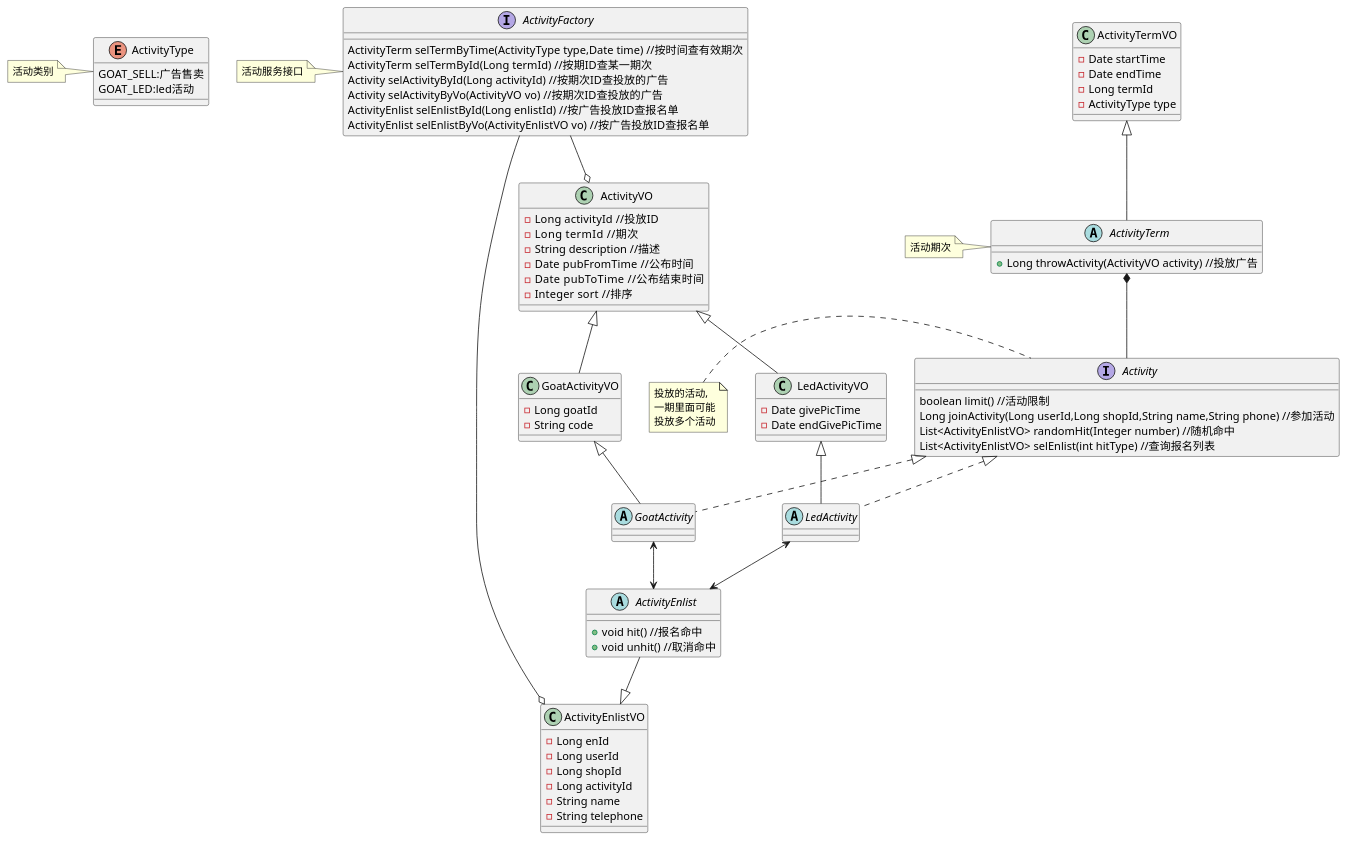
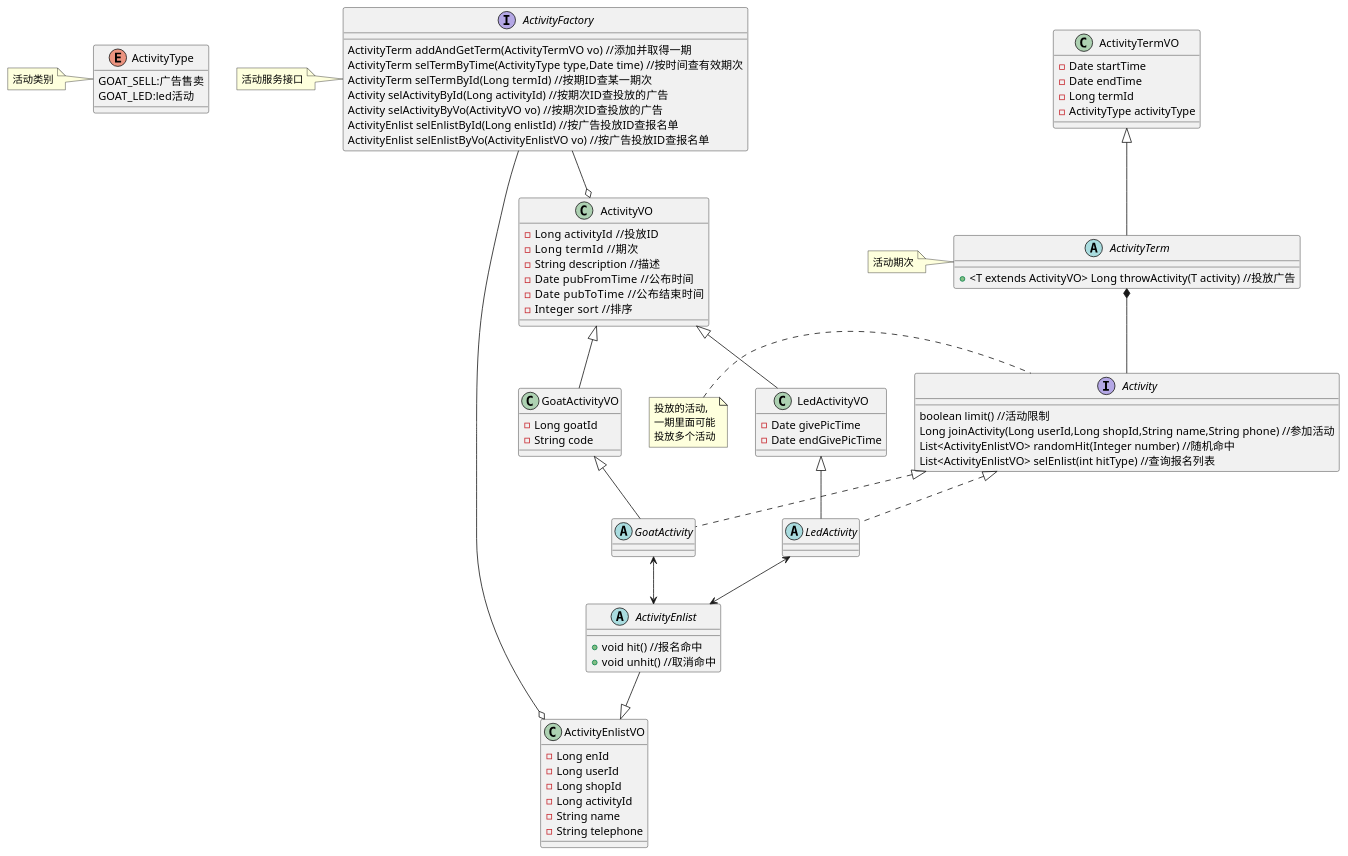
One commit to pogy/main-pom changed the diagram in main4-spread/main4-spread-api/src/main/resources/activity_class.puml. Above: the diagram before and after it, drawn with PlantUML. The commit also changed 19 other files, not shown here.

```diff
--- a/main4-spread/main4-spread-api/src/main/resources/activity_class.puml
+++ b/main4-spread/main4-spread-api/src/main/resources/activity_class.puml
@@ -1,100 +1,101 @@
 @startuml
 
 enum ActivityType{
 GOAT_SELL:广告售卖
 GOAT_LED:led活动
 }
 
 note left of ActivityType:活动类别
 
 abstract class ActivityTerm{
-+Long throwActivity(ActivityVO activity) //投放广告
++<T extends ActivityVO> Long throwActivity(T activity) //投放广告
 }
 
 class ActivityTermVO{
 -Date startTime
 -Date endTime
 -Long termId
--ActivityType type
+-ActivityType activityType
 }
 
 note left of ActivityTerm:活动期次
 
 interface Activity{
 boolean limit() //活动限制
 Long joinActivity(Long userId,Long shopId,String name,String phone) //参加活动
 List<ActivityEnlistVO> randomHit(Integer number) //随机命中
 List<ActivityEnlistVO> selEnlist(int hitType) //查询报名列表
 }
 
 note left of Activity:投放的活动,\n一期里面可能\n投放多个活动
 
 abstract class GoatActivity{
 }
 
 class ActivityVO{
 -Long activityId  //投放ID
 -Long termId   //期次
 -String description //描述
 -Date pubFromTime  //公布时间
 -Date pubToTime   //公布结束时间
 -Integer sort  //排序
 }
 
 class GoatActivityVO{
 -Long goatId
 -String code
 }
 
 abstract class LedActivity{
 }
 
 class LedActivityVO{
 -Date givePicTime
 -Date endGivePicTime
 }
 
 abstract class ActivityEnlist{
 +void hit() //报名命中
 +void unhit() //取消命中
 }
 
 class ActivityEnlistVO{
 -Long enId
 -Long userId
 -Long shopId
 -Long activityId
 -String name
 -String telephone
 }
 
 interface ActivityFactory{
+ActivityTerm addAndGetTerm(ActivityTermVO vo) //添加并取得一期
 ActivityTerm selTermByTime(ActivityType type,Date time) //按时间查有效期次
 ActivityTerm selTermById(Long termId) //按期ID查某一期次
 Activity selActivityById(Long activityId) //按期次ID查投放的广告
 Activity selActivityByVo(ActivityVO vo) //按期次ID查投放的广告
 ActivityEnlist selEnlistById(Long enlistId) //按广告投放ID查报名单
 ActivityEnlist selEnlistByVo(ActivityEnlistVO vo) //按广告投放ID查报名单
 
 }
 
 note left of ActivityFactory:活动服务接口
 Activity <|.. GoatActivity
 
 Activity <|.. LedActivity
 
 ActivityTerm *-- Activity
 
 ActivityTermVO <|--ActivityTerm
 
 GoatActivity <--> ActivityEnlist
 LedActivity <--> ActivityEnlist
 ActivityFactory --o ActivityEnlistVO
 ActivityFactory --o ActivityVO
 ActivityVO <|-- LedActivityVO
 ActivityVO <|-- GoatActivityVO
 
 LedActivityVO <|-- LedActivity
 GoatActivityVO <|-- GoatActivity
 ActivityEnlist --|> ActivityEnlistVO
 @enduml
```
